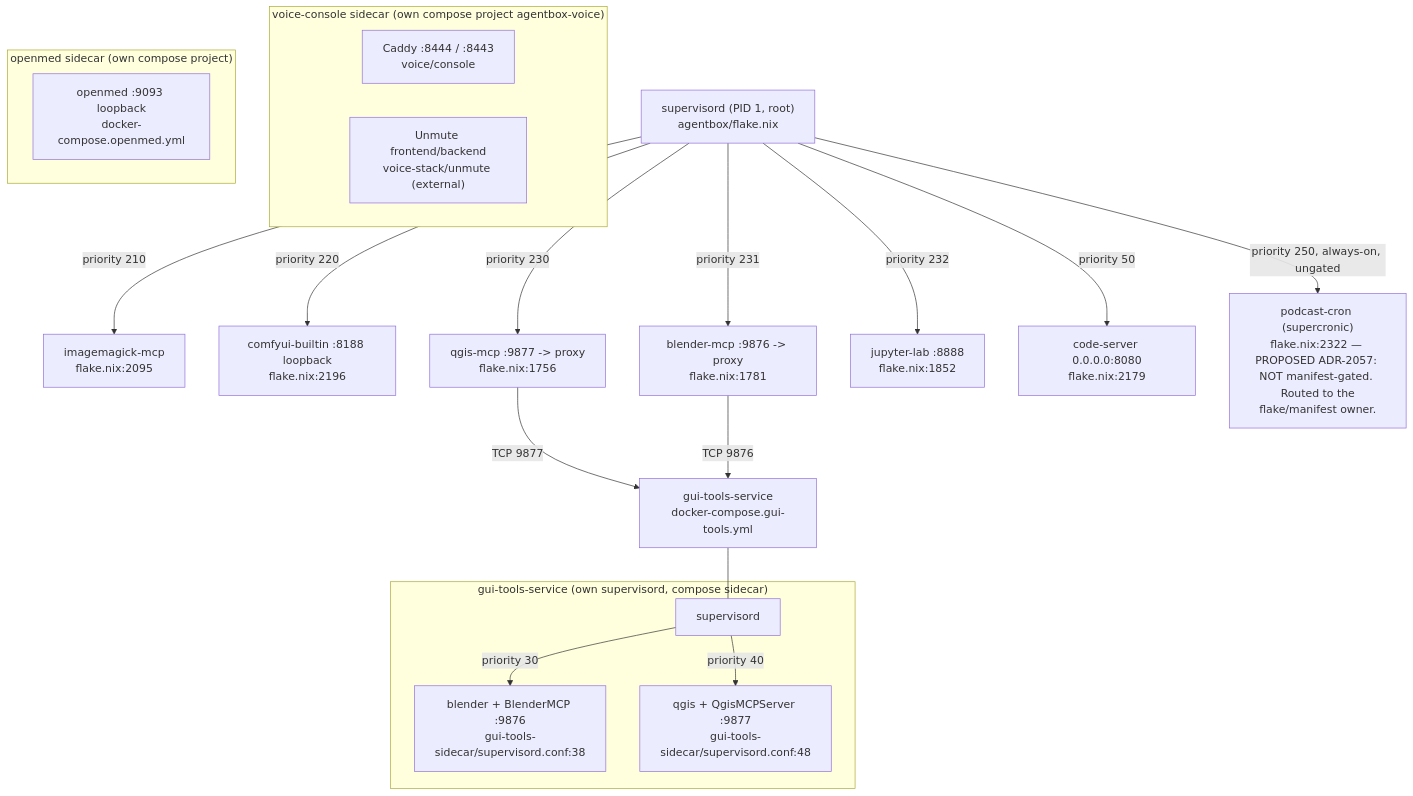
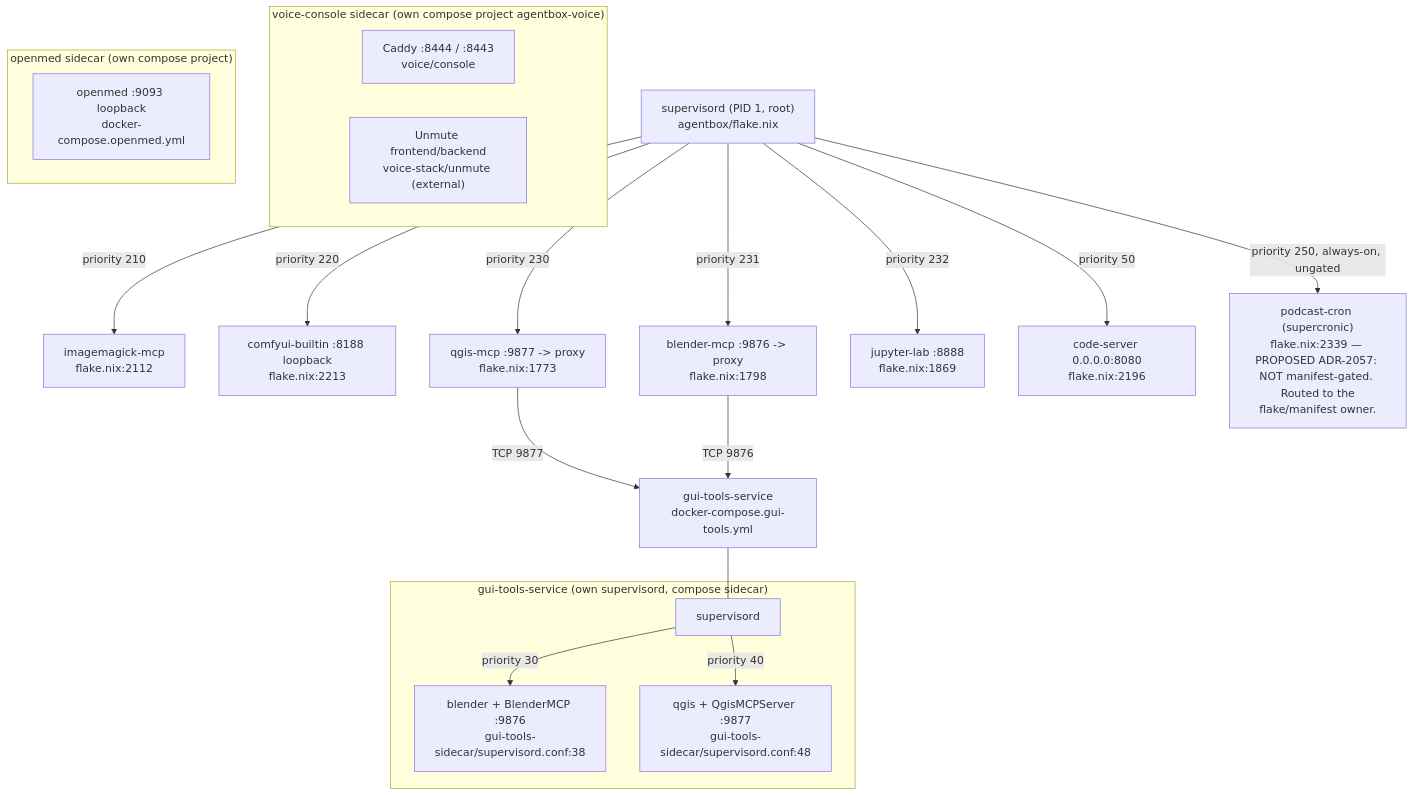
Before and after one commit to DreamLab-AI/AR-AI-Knowledge-Graph: the tenth of 12 diagrams in docs/diagrams/agentbox/27-media-gpu-capability-services.md, drawn with Mermaid. The commit also changed other lines of this file and 73 other files, not shown here.

First line of the commit message:
docs(diagrams): re-verify all 71 topic files against HEAD; add --cite-check

````diff
--- a/docs/diagrams/agentbox/27-media-gpu-capability-services.md
+++ b/docs/diagrams/agentbox/27-media-gpu-capability-services.md
@@ -301,30 +301,30 @@
 ```mermaid
 flowchart TB
     SUP["supervisord (PID 1, root)<br/>agentbox/flake.nix"]
-    SUP -->|priority 210| IM["imagemagick-mcp<br/>flake.nix:2095"]
-    SUP -->|priority 220| CB["comfyui-builtin :8188 loopback<br/>flake.nix:2196"]
-    SUP -->|priority 230| QM["qgis-mcp :9877 -> proxy<br/>flake.nix:1756"]
-    SUP -->|priority 231| BM["blender-mcp :9876 -> proxy<br/>flake.nix:1781"]
-    SUP -->|priority 232| JL["jupyter-lab :8888<br/>flake.nix:1852"]
-    SUP -->|priority 50| CS["code-server 0.0.0.0:8080<br/>flake.nix:2179"]
-    SUP -->|priority 250, always-on, ungated| PC["podcast-cron (supercronic)<br/>flake.nix:2322 — PROPOSED ADR-2057: NOT manifest-gated. Routed to the<br/>flake/manifest owner."]
+    SUP -->|priority 210| IM["imagemagick-mcp<br/>flake.nix:2112"]
+    SUP -->|priority 220| CB["comfyui-builtin :8188 loopback<br/>flake.nix:2213"]
+    SUP -->|priority 230| QM["qgis-mcp :9877 -> proxy<br/>flake.nix:1773"]
+    SUP -->|priority 231| BM["blender-mcp :9876 -> proxy<br/>flake.nix:1798"]
+    SUP -->|priority 232| JL["jupyter-lab :8888<br/>flake.nix:1869"]
+    SUP -->|priority 50| CS["code-server 0.0.0.0:8080<br/>flake.nix:2196"]
+    SUP -->|priority 250, always-on, ungated| PC["podcast-cron (supercronic)<br/>flake.nix:2339 — PROPOSED ADR-2057: NOT manifest-gated. Routed to the<br/>flake/manifest owner."]
 
     QM -->|TCP 9877| GTS["gui-tools-service<br/>docker-compose.gui-tools.yml"]
     BM -->|TCP 9876| GTS
 
     subgraph sidecar["gui-tools-service (own supervisord, compose sidecar)"]
         GSUP["supervisord"]
         GSUP -->|priority 30| GB["blender + BlenderMCP :9876<br/>gui-tools-sidecar/supervisord.conf:38"]
         GSUP -->|priority 40| GQ["qgis + QgisMCPServer :9877<br/>gui-tools-sidecar/supervisord.conf:48"]
     end
     GTS --- GSUP
 
     subgraph voicesc["voice-console sidecar (own compose project agentbox-voice)"]
         CADDY["Caddy :8444 / :8443<br/>voice/console"]
         UNMUTE["Unmute frontend/backend<br/>voice-stack/unmute (external)"]
     end
 
     subgraph openmedsc["openmed sidecar (own compose project)"]
         OM["openmed :9093 loopback<br/>docker-compose.openmed.yml"]
     end
 ```
````
